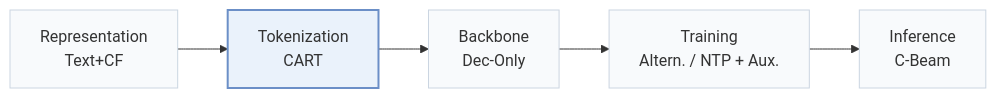
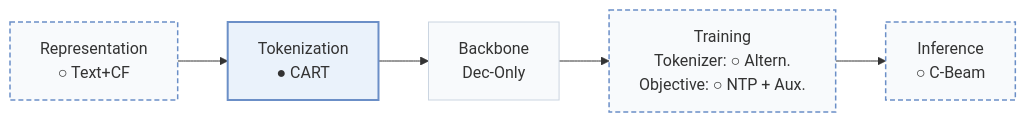
Before and after one commit to Galaxy-ghost/Awesome-SID-Generative-Rec: the first of 2 diagrams in pages/papers/dream.md, drawn with Mermaid. The commit also changed other lines of this file and 558 other files, not shown here.

````diff
--- a/pages/papers/dream.md
+++ b/pages/papers/dream.md
@@ -15,8 +18,10 @@
 ```mermaid
 flowchart LR
-    R["Representation<br/>Text+CF"] --> T["Tokenization<br/>CART"] --> B["Backbone<br/>Dec-Only"] --> TR["Training<br/>Altern. / NTP + Aux."] --> I["Inference<br/>C-Beam"]
+    R["Representation<br/>○ Text+CF"] --> T["Tokenization<br/>● CART"] --> B["Backbone<br/>Dec-Only"] --> TR["Training<br/>Tokenizer: ○ Altern.<br/>Objective: ○ NTP + Aux."] --> I["Inference<br/>○ C-Beam"]
     classDef base fill:#f8fafc,stroke:#cbd5e1
     class R,T,B,TR,I base
+    classDef other fill:#f8fafc,stroke:#6b8fc7,stroke-width:1.5px,stroke-dasharray:5 3
+    class R,TR,I other
     classDef main fill:#eaf2fb,stroke:#6b8fc7,stroke-width:2px
     class T main
 ```
````
